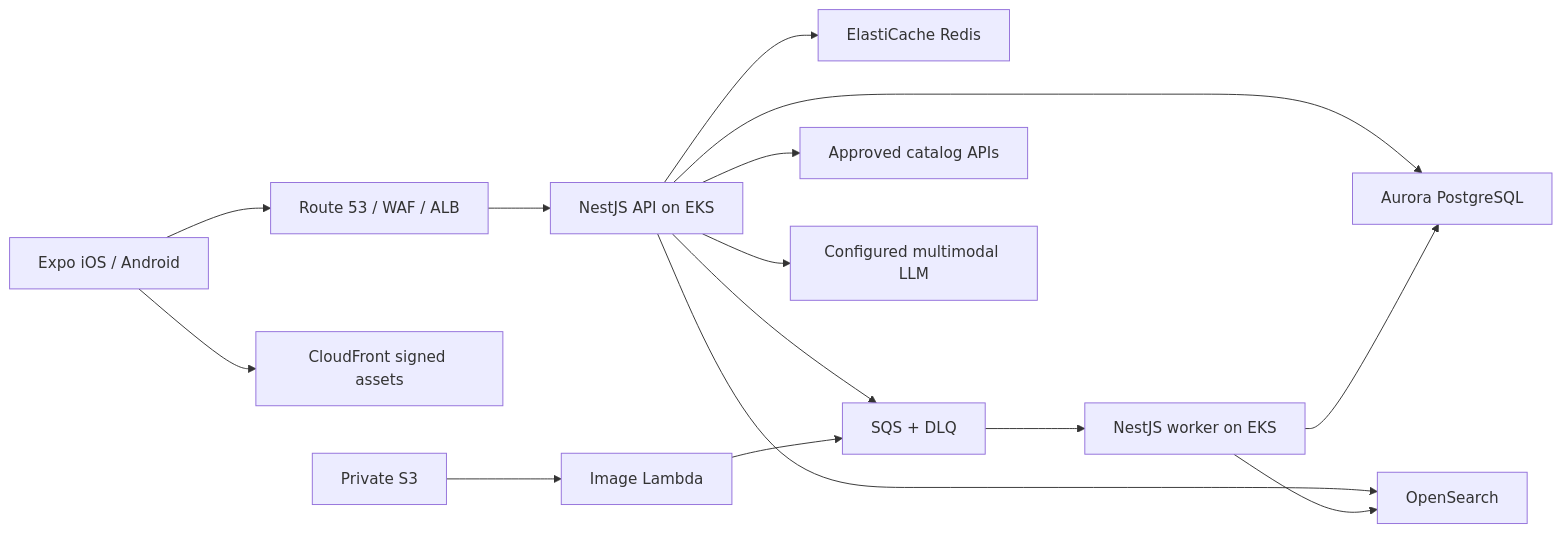
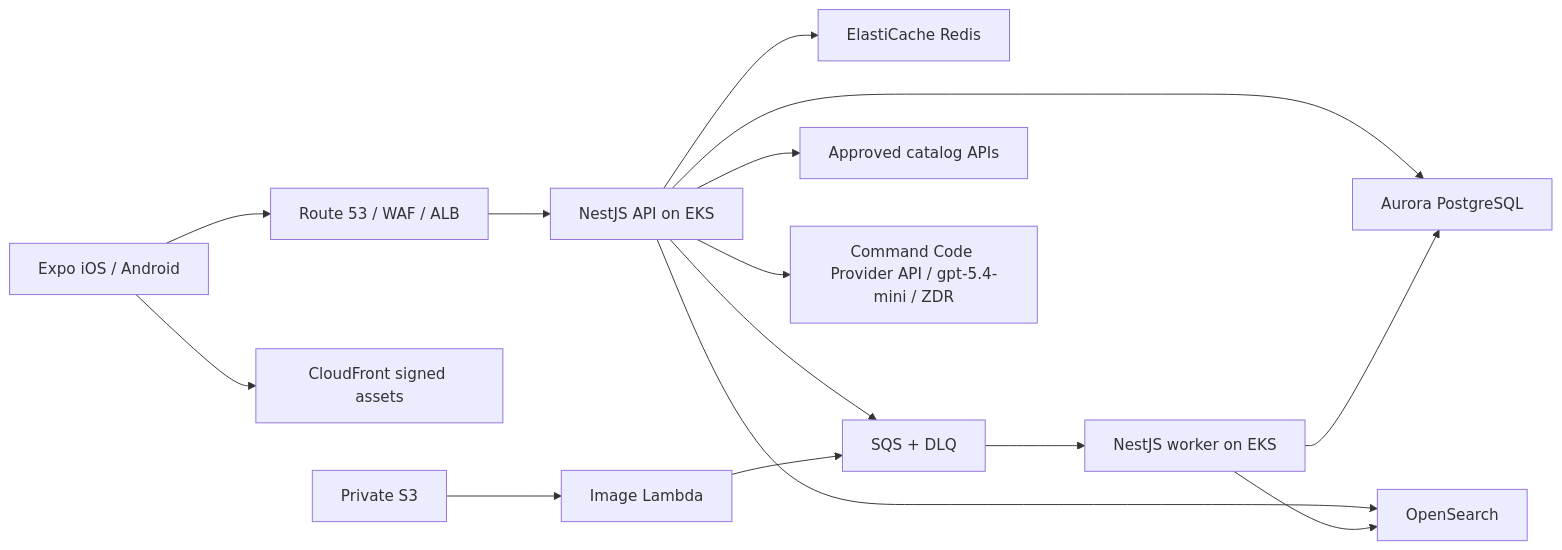
The diagram in docs/architecture.md (cyjoon68/shopport-app), drawn with Mermaid before and after one commit. The commit also changed 6 other files, not shown here.

Commit message:
feat(ai): configure Command Code provider (#3)

````diff
--- a/docs/architecture.md
+++ b/docs/architecture.md
@@ -3,17 +3,17 @@
 ```mermaid
 flowchart LR
   M["Expo iOS / Android"] --> EDGE["Route 53 / WAF / ALB"]
   M --> CF["CloudFront signed assets"]
   EDGE --> API["NestJS API on EKS"]
   API --> PG["Aurora PostgreSQL"]
   API --> REDIS["ElastiCache Redis"]
   API --> SEARCH["OpenSearch"]
   API --> SQS["SQS + DLQ"]
   API --> PROVIDERS["Approved catalog APIs"]
-  API --> LLM["Configured multimodal LLM"]
+  API --> LLM["Command Code Provider API / gpt-5.4-mini / ZDR"]
   S3["Private S3"] --> LAMBDA["Image Lambda"]
   LAMBDA --> SQS
   SQS --> WORKER["NestJS worker on EKS"]
   WORKER --> PG
   WORKER --> SEARCH
 ```
````
